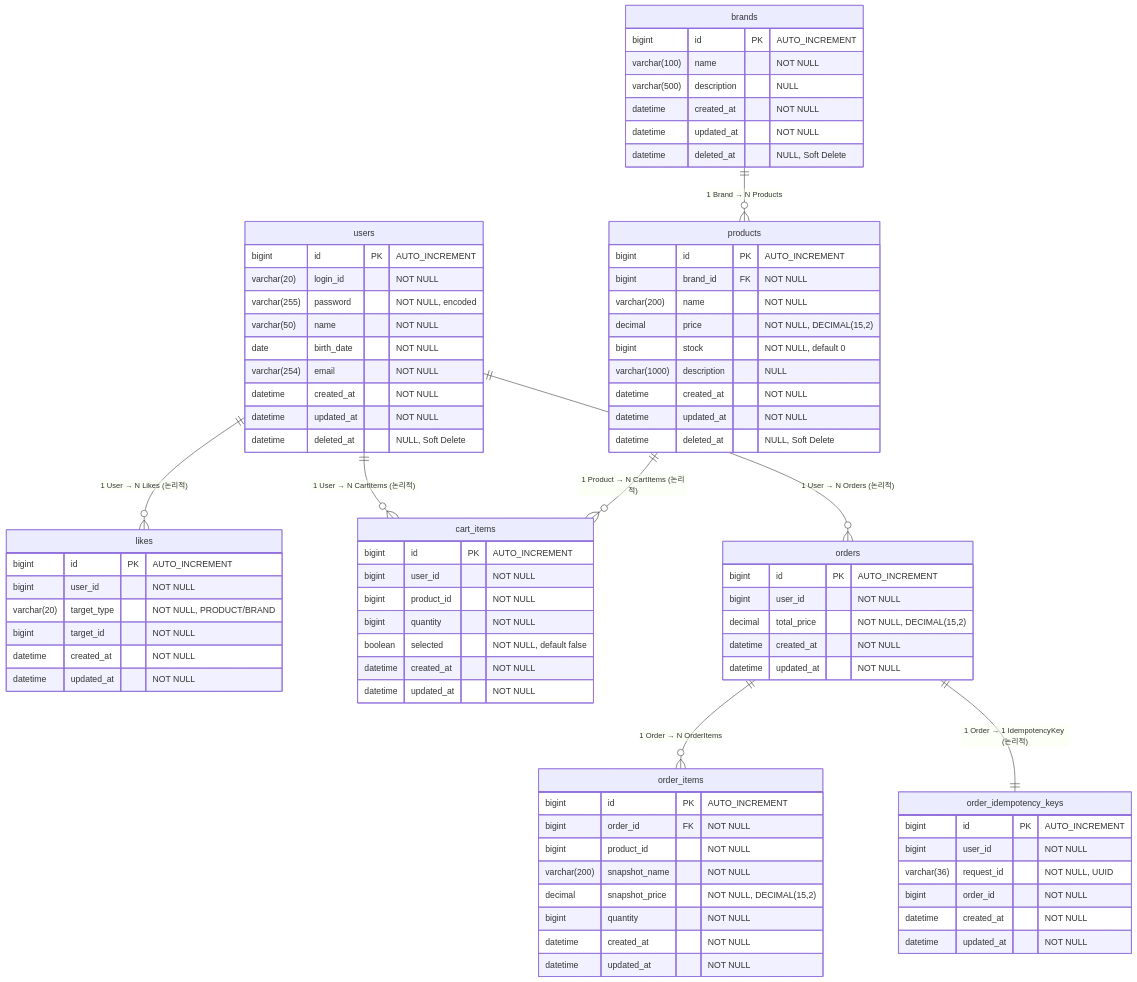
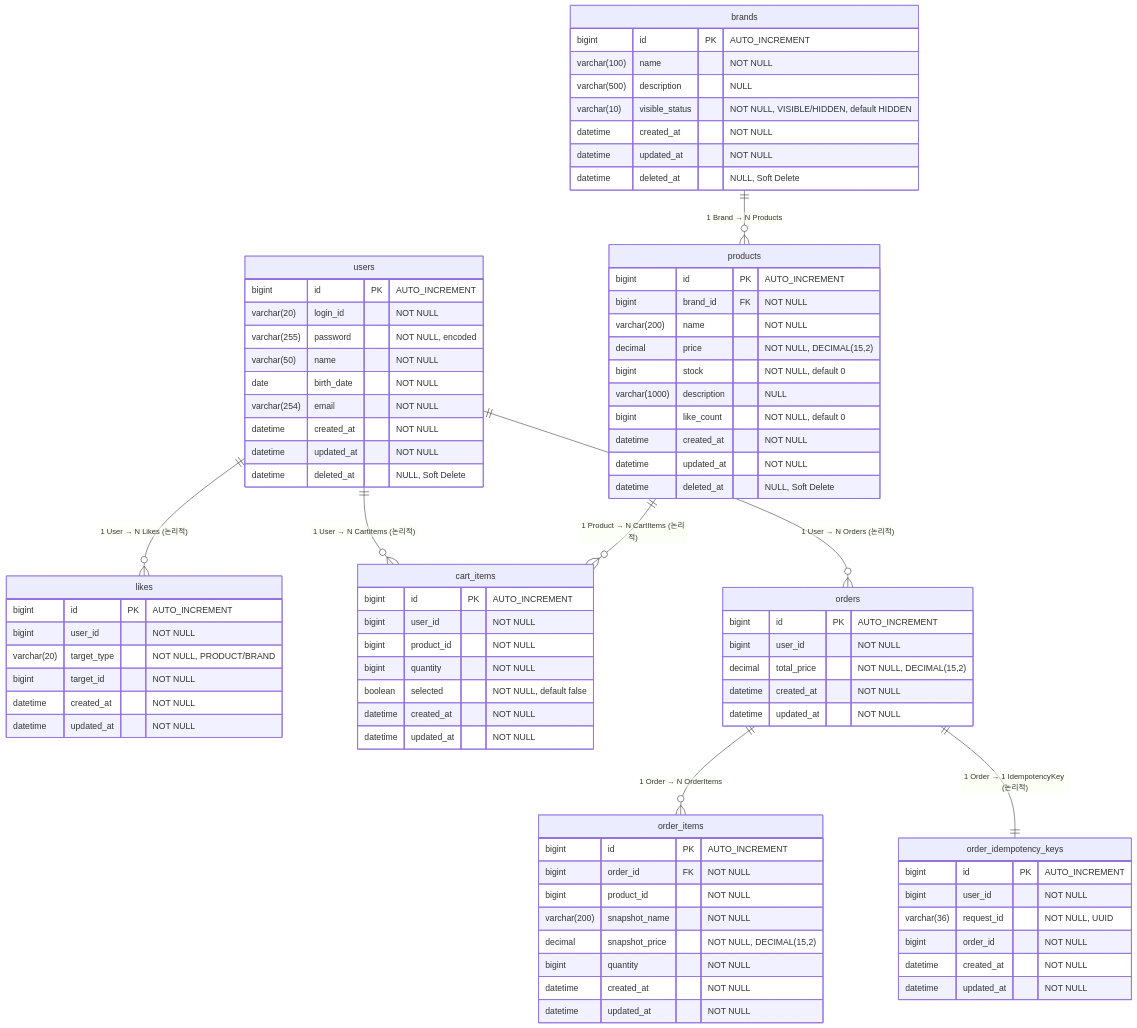
Before and after one commit to Hwan0518/loop-pack-be-l2-vol3-java: the diagram in docs/design/04-erd-claude.md, drawn with Mermaid. The commit also changed other lines of this file and 474 other files, not shown here.

```diff
--- a/docs/design/04-erd-claude.md
+++ b/docs/design/04-erd-claude.md
@@ -107,6 +112,7 @@
         bigint id PK "AUTO_INCREMENT"
         varchar(100) name "NOT NULL"
         varchar(500) description "NULL"
+        varchar(10) visible_status "NOT NULL, VISIBLE/HIDDEN, default HIDDEN"
         datetime created_at "NOT NULL"
         datetime updated_at "NOT NULL"
         datetime deleted_at "NULL, Soft Delete"
@@ -119,6 +125,7 @@
         decimal price "NOT NULL, DECIMAL(15,2)"
         bigint stock "NOT NULL, default 0"
         varchar(1000) description "NULL"
+        bigint like_count "NOT NULL, default 0"
         datetime created_at "NOT NULL"
         datetime updated_at "NOT NULL"
         datetime deleted_at "NULL, Soft Delete"
```
